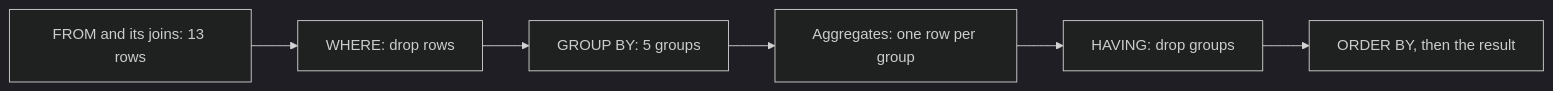
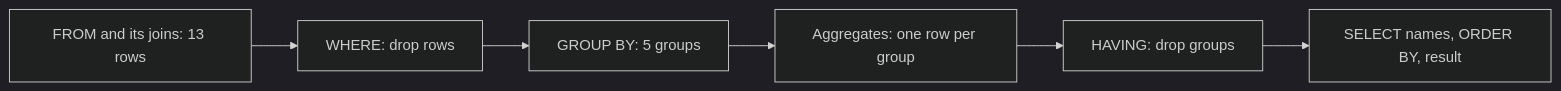
The diagram in content/tracks/foundation/data-sql/foundation.l1.sql-group-by.en.md (duyan11110/lo-trinh-architect), drawn with Mermaid (dark theme) before and after one commit. The commit also changed other lines of this file and 314 other files, not shown here.

````diff
--- a/content/tracks/foundation/data-sql/foundation.l1.sql-group-by.en.md
+++ b/content/tracks/foundation/data-sql/foundation.l1.sql-group-by.en.md
@@ -42,8 +42,8 @@
 ```mermaid
 flowchart LR
   F["FROM and its joins: 13 rows"] --> W["WHERE: drop rows"]
   W --> G["GROUP BY: 5 groups"]
   G --> A["Aggregates: one row per group"]
   A --> H["HAVING: drop groups"]
-  H --> O["ORDER BY, then the result"]
+  H --> O["SELECT names, ORDER BY, result"]
 ```
````
